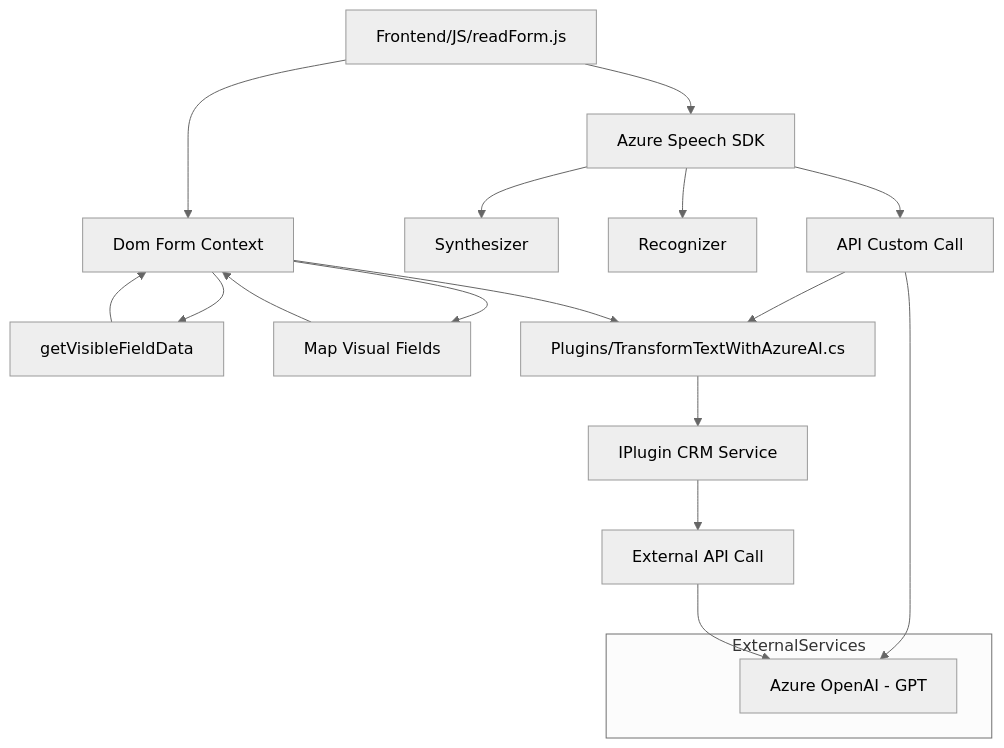
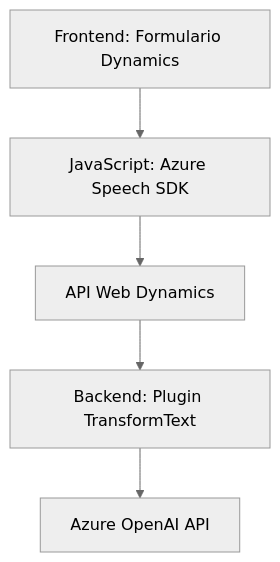
Before and after one commit to blopezdm/NETCORE_BILBAO2025: the diagram in README.md, drawn with Mermaid (neutral theme). The commit also changed other lines of this file, not shown here.

````diff
--- a/README.md
+++ b/README.md
@@ -33,24 +46,13 @@
 ```mermaid
 graph TD
-A["Frontend/JS/readForm.js"] --> B["Azure Speech SDK"]
-A --> C["Dom Form Context"]
-B --> D["Synthesizer"]
-B --> E["Recognizer"]
-C --> F["getVisibleFieldData"]
-C --> G["Map Visual Fields"]
-B --> H["API Custom Call"]
-
-H --> I["Azure OpenAI - GPT"]
-H --> J["Service CRM Plugins"]
-F --> C
-G --> C
-C --> J
-
-J["Plugins/TransformTextWithAzureAI.cs"] --> K["IPlugin CRM Service"]
-K --> L["External API Call"]
-L --> I
-
-subgraph ExternalServices
-    I
-end
+  A["Frontend: Formulario Dynamics"]
+  B["JavaScript: Azure Speech SDK"]
+  C["API Web Dynamics"]
+  D["Backend: Plugin TransformText"]
+  E["Azure OpenAI API"]
+  
+  A --> B
+  B --> C
+  C --> D
+  D --> E
 ```
````
